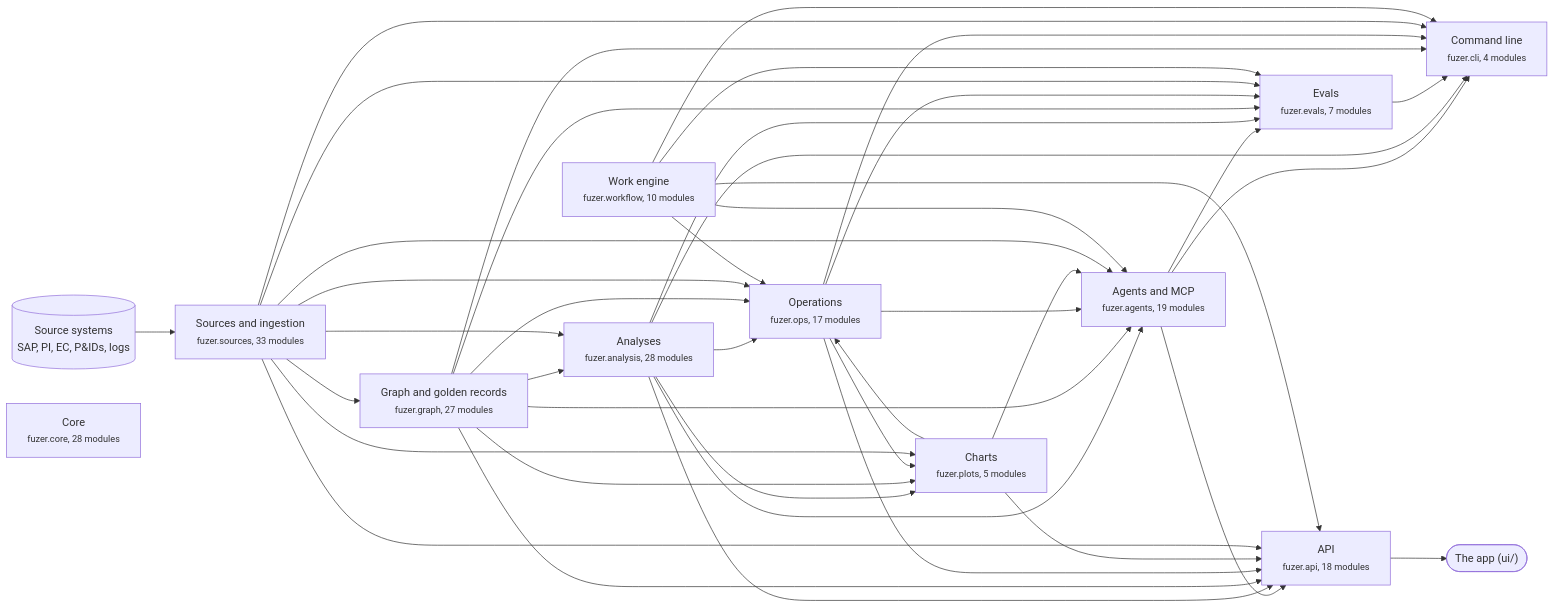
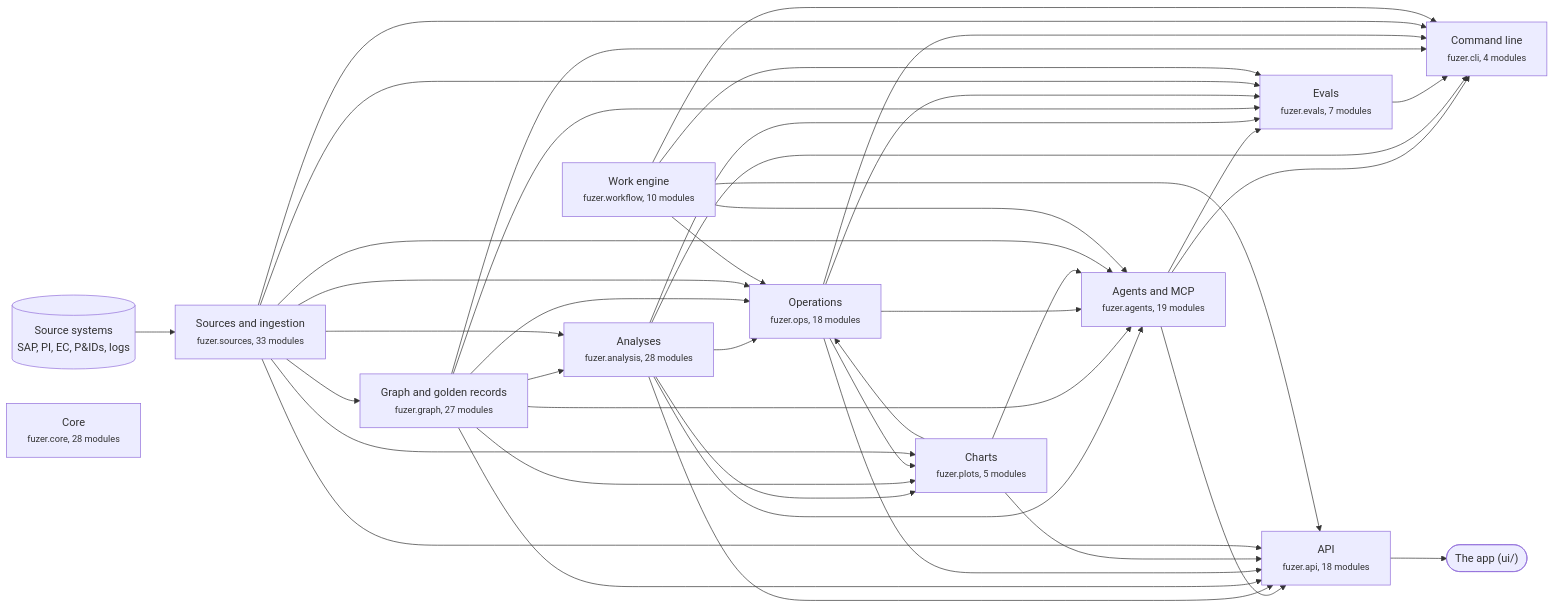
Before and after one commit to areed145/fuzer: the first of 3 diagrams in docs/architecture.md, drawn with Mermaid. The commit also changed other lines of this file and 14 other files, not shown here.

First line of the commit message:
Corrections flow back to the source (P2.4) (#653)

````diff
--- a/docs/architecture.md
+++ b/docs/architecture.md
@@ -8,66 +8,66 @@
 ```mermaid
 flowchart LR
   systems[("Source systems<br>SAP, PI, EC, P&IDs, logs")] --> c_sources
   app(["The app (ui/)"])
   c_api --> app
   c_sources["Sources and ingestion<br><small>fuzer.sources, 33 modules</small>"]
   c_graph["Graph and golden records<br><small>fuzer.graph, 27 modules</small>"]
   c_analysis["Analyses<br><small>fuzer.analysis, 28 modules</small>"]
-  c_ops["Operations<br><small>fuzer.ops, 17 modules</small>"]
+  c_ops["Operations<br><small>fuzer.ops, 18 modules</small>"]
   c_plots["Charts<br><small>fuzer.plots, 5 modules</small>"]
   c_workflow["Work engine<br><small>fuzer.workflow, 10 modules</small>"]
   c_agents["Agents and MCP<br><small>fuzer.agents, 19 modules</small>"]
   c_evals["Evals<br><small>fuzer.evals, 7 modules</small>"]
   c_api["API<br><small>fuzer.api, 18 modules</small>"]
   c_cli["Command line<br><small>fuzer.cli, 4 modules</small>"]
   c_core["Core<br><small>fuzer.core, 28 modules</small>"]
   c_sources --> c_graph
   c_graph --> c_analysis
   c_sources --> c_analysis
   c_analysis --> c_ops
   c_graph --> c_ops
   c_plots --> c_ops
   c_sources --> c_ops
   c_workflow --> c_ops
   c_analysis --> c_plots
   c_graph --> c_plots
   c_ops --> c_plots
   c_sources --> c_plots
   c_analysis --> c_agents
   c_graph --> c_agents
   c_ops --> c_agents
   c_plots --> c_agents
   c_sources --> c_agents
   c_workflow --> c_agents
   c_agents --> c_evals
   c_analysis --> c_evals
   c_graph --> c_evals
   c_ops --> c_evals
   c_sources --> c_evals
   c_workflow --> c_evals
   c_agents --> c_api
   c_analysis --> c_api
   c_graph --> c_api
   c_ops --> c_api
   c_plots --> c_api
   c_sources --> c_api
   c_workflow --> c_api
   c_agents --> c_cli
   c_analysis --> c_cli
   c_evals --> c_cli
   c_graph --> c_cli
   c_ops --> c_cli
   c_sources --> c_cli
   c_workflow --> c_cli
   click c_sources "https://github.com/areed145/fuzer/tree/main/src/fuzer/sources"
   click c_graph "https://github.com/areed145/fuzer/tree/main/src/fuzer/graph"
   click c_analysis "https://github.com/areed145/fuzer/tree/main/src/fuzer/analysis"
   click c_ops "https://github.com/areed145/fuzer/tree/main/src/fuzer/ops"
   click c_plots "https://github.com/areed145/fuzer/tree/main/src/fuzer/plots"
   click c_workflow "https://github.com/areed145/fuzer/tree/main/src/fuzer/workflow"
   click c_agents "https://github.com/areed145/fuzer/tree/main/src/fuzer/agents"
   click c_evals "https://github.com/areed145/fuzer/tree/main/src/fuzer/evals"
   click c_api "https://github.com/areed145/fuzer/tree/main/src/fuzer/api"
   click c_cli "https://github.com/areed145/fuzer/tree/main/src/fuzer/cli"
   click c_core "https://github.com/areed145/fuzer/tree/main/src/fuzer/core"
 ```
````
